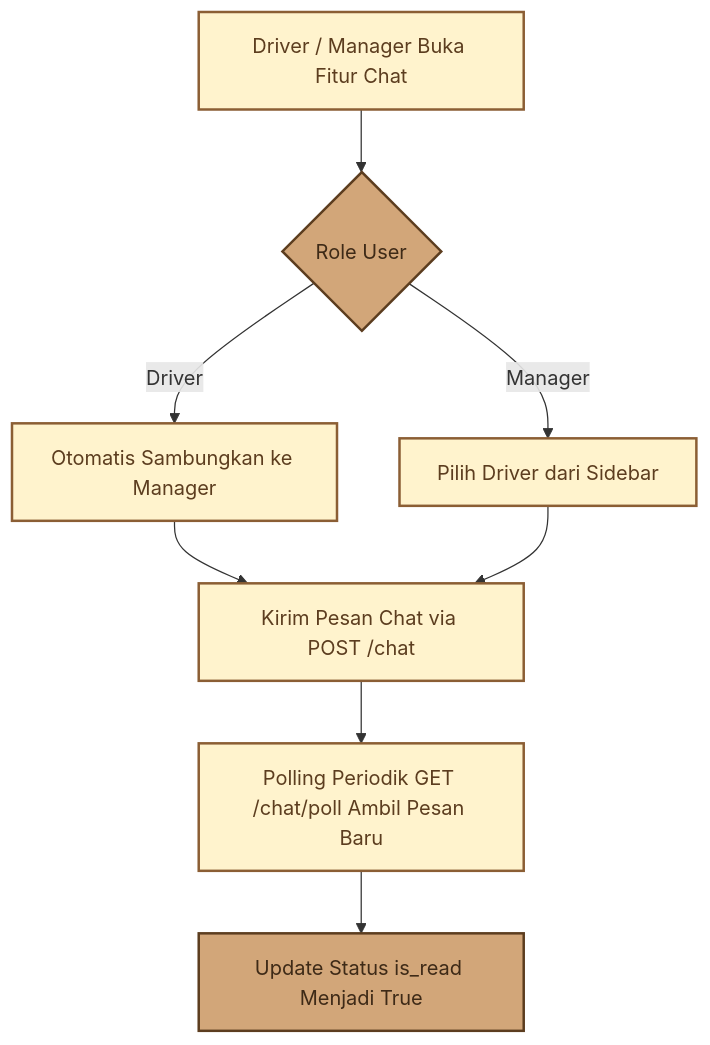
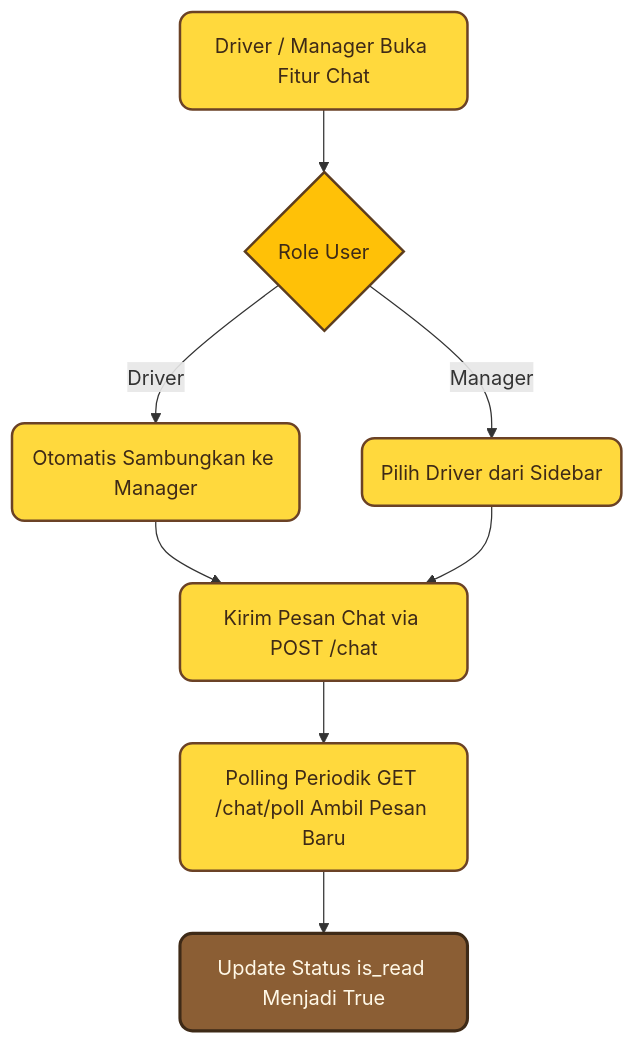
Before and after one commit to nazwasalsabila181718-droid/manajemen_perawatan: diagram 11 of 13 in docs/DOKUMENTASI_MODULE_SISTEM.md, drawn with Mermaid. The commit also changed other lines of this file, not shown here.

Commit message:
style: modernisasi diagram mermaid dengan tema kuning cerah rounded

````diff
--- a/docs/DOKUMENTASI_MODULE_SISTEM.md
+++ b/docs/DOKUMENTASI_MODULE_SISTEM.md
@@ -295,16 +309,18 @@
 ```mermaid
 flowchart TD
-    classDef default fill:#FFF3CD,stroke:#8B5E34,stroke-width:2px,color:#5C3D1F;
-    classDef highlight fill:#D2A679,stroke:#5C3D1F,stroke-width:2px,color:#3E2A17;
+    A(Driver / Manager Buka Fitur Chat) --> B{Role User}
+    B -- Driver --> C(Otomatis Sambungkan ke Manager)
+    B -- Manager --> D(Pilih Driver dari Sidebar)
+    C --> E(Kirim Pesan Chat via POST /chat)
+    D --> E
+    E --> F(Polling Periodik GET /chat/poll Ambil Pesan Baru)
+    F --> G(Update Status is_read Menjadi True)
 
-    A[Driver / Manager Buka Fitur Chat] --> B{Role User}
-    B -- Driver --> C[Otomatis Sambungkan ke Manager]
-    B -- Manager --> D[Pilih Driver dari Sidebar]
-    C --> E[Kirim Pesan Chat via POST /chat]
-    D --> E
-    E --> F[Polling Periodik GET /chat/poll Ambil Pesan Baru]
-    F --> G[Update Status is_read Menjadi True]
+    classDef default fill:#FFD93D,stroke:#6B4226,stroke-width:2px,color:#3E2A17,rx:10,ry:10;
+    classDef highlight fill:#8B5E34,stroke:#3E2A17,stroke-width:2.5px,color:#FFF8E7,rx:10,ry:10;
+    classDef decision fill:#FFC107,stroke:#5C3D1F,stroke-width:2px,color:#3E2A17;
 
     class A,C,D,E,F default;
-    class B,G highlight;
+    class G highlight;
+    class B decision;
 ```
````
